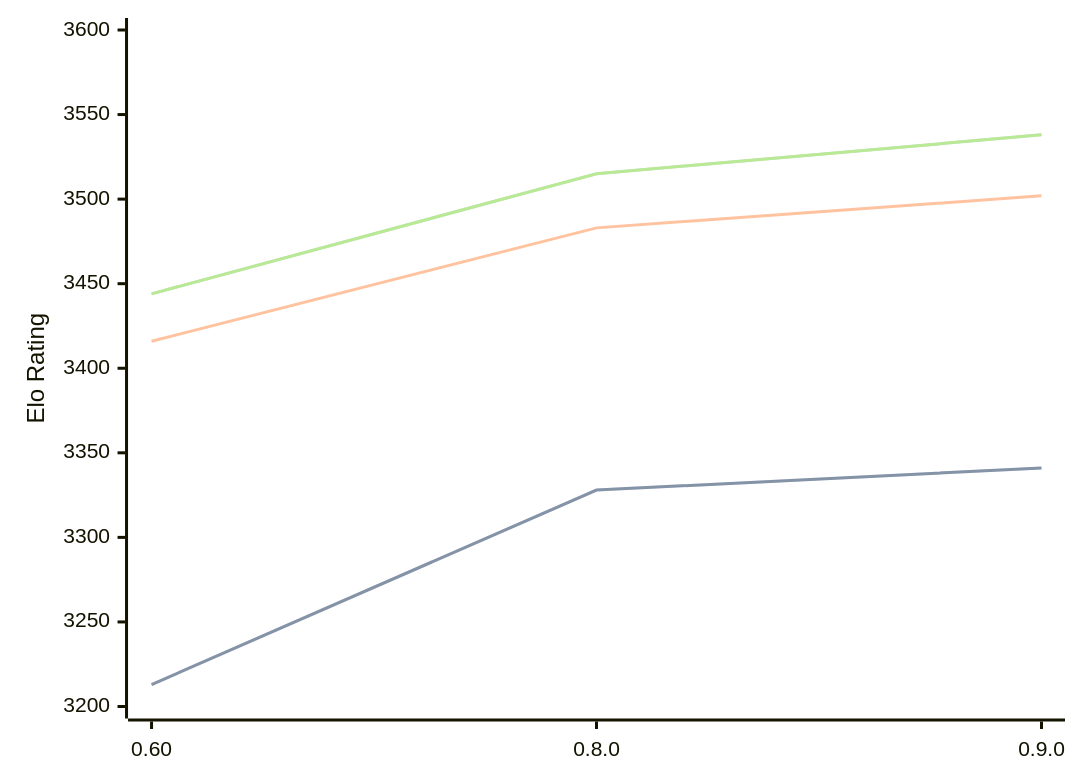
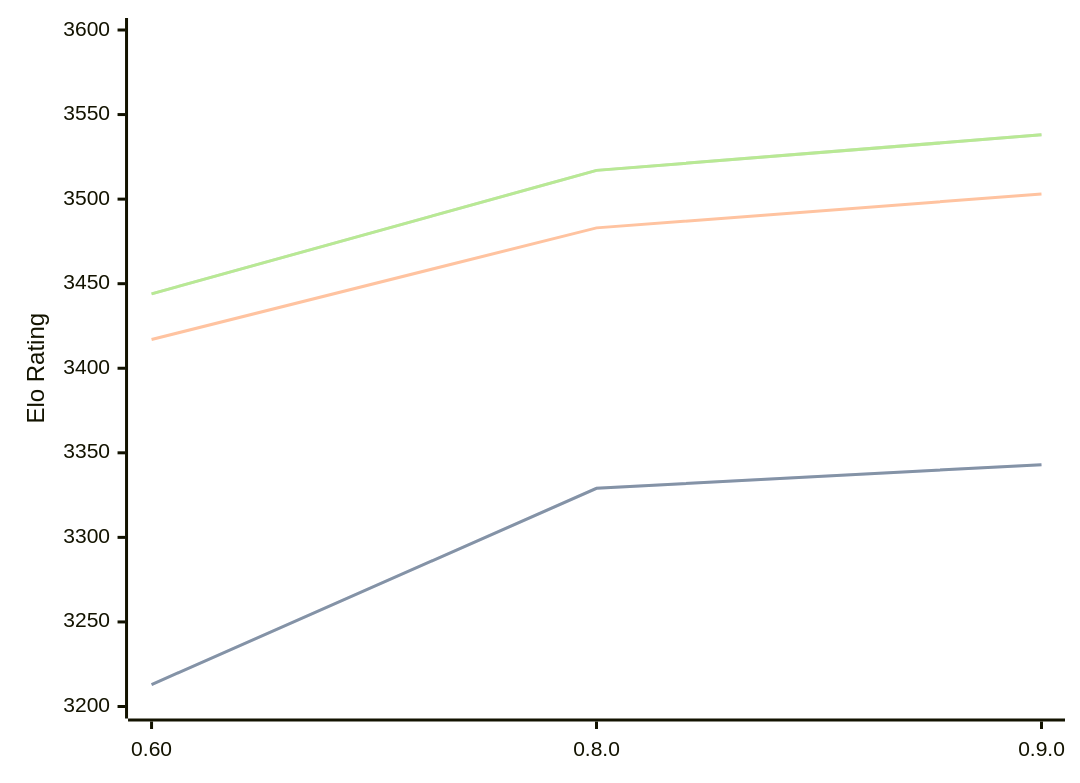
Before and after one commit to computer-chess-index/cci: the diagram in engines/Motor.md, drawn with Mermaid. The commit also changed other lines of this file, not shown here.

Commit message:
Update CCI Ratings (ELO VLTC) - 2026-09-14

````diff
--- a/engines/Motor.md
+++ b/engines/Motor.md
@@ -33,11 +33,11 @@
 ```mermaid
 %%{init: {"theme":"base","themeVariables":{"seriesColors:['#a3a3a3','#222221','#faa371']}}}%%
 xychart-beta
   x-axis ["0.60", "0.8.0", "0.9.0"]
   y-axis "Elo Rating" 3200 --> 3600
-  line "" [3213, 3328, 3341]
-  line "STC (8.0+0.08s)" [3213, 3328, 3341]
-  line "LTC (60.0+0.60s)" [3416, 3483, 3502]
-  line "" [3444, 3515, 3538]
-  line "VLTC (2m24s+1.12s)" [3444, 3515, 3538]
+  line "" [3213, 3329, 3343]
+  line "STC (8.0+0.08s)" [3213, 3329, 3343]
+  line "LTC (60.0+0.60s)" [3417, 3483, 3503]
+  line "" [3444, 3517, 3538]
+  line "VLTC (2m24s+1.12s)" [3444, 3517, 3538]
 ```
````
